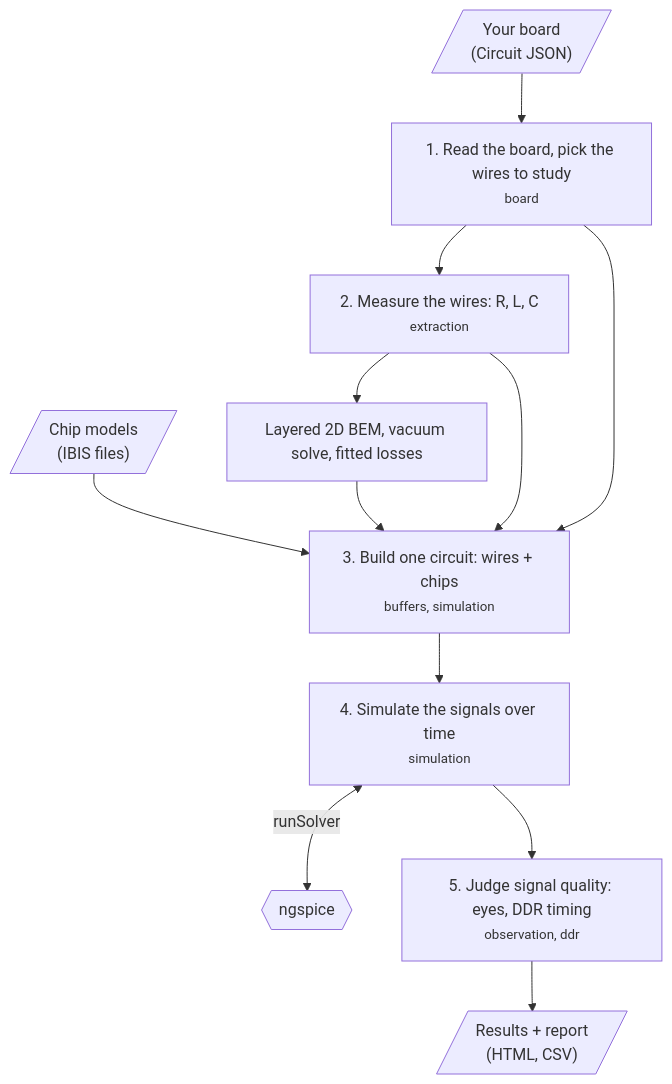
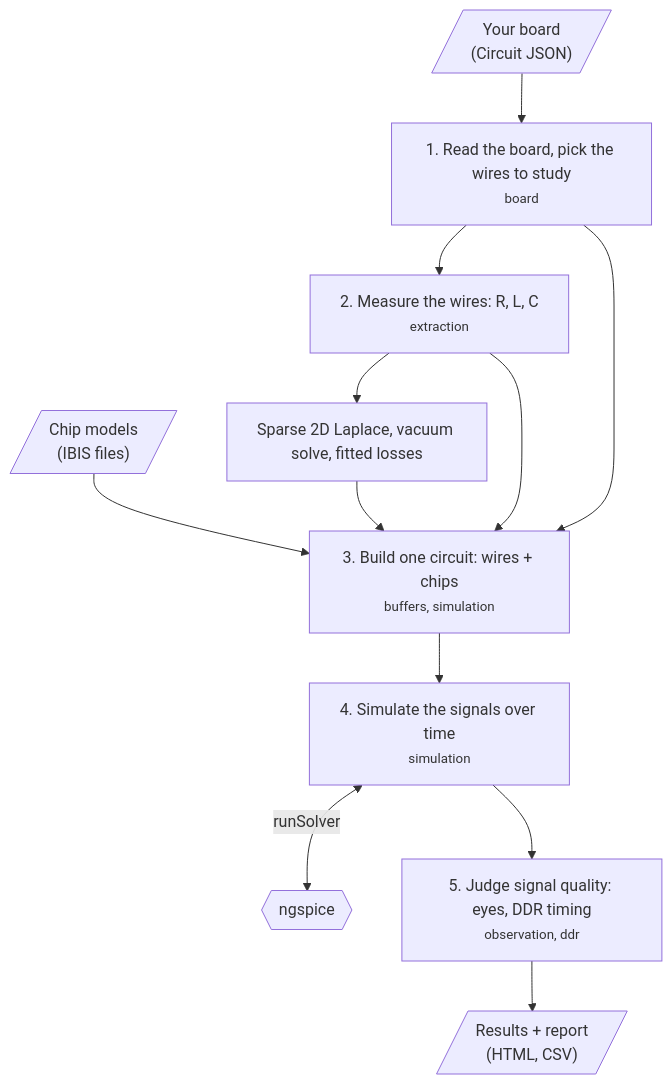
One commit to tscircuit/pcb-spice-pipeline changed the first of 2 diagrams in README.md. Above: the diagram before and after it, drawn with Mermaid. The commit also changed other lines of this file and 9 other files, not shown here.

````diff
--- a/README.md
+++ b/README.md
@@ -54,14 +54,14 @@
 ```mermaid
 flowchart TD
   board[/"Your board<br/>(Circuit JSON)"/] --> s1["1. Read the board, pick the wires to study<br/><small>board</small>"]
   chips[/"Chip models<br/>(IBIS files)"/] --> s3
   s1 --> s2["2. Measure the wires: R, L, C<br/><small>extraction</small>"]
-  s2 --> bem["Layered 2D BEM, vacuum solve, fitted losses"]
+  s2 --> bem["Sparse 2D Laplace, vacuum solve, fitted losses"]
   bem --> s3
   s1 --> s3["3. Build one circuit: wires + chips<br/><small>buffers, simulation</small>"]
   s2 --> s3
   s3 --> s4["4. Simulate the signals over time<br/><small>simulation</small>"]
   s4 <-->|"runSolver"| ng{{"ngspice"}}
   s4 --> s5["5. Judge signal quality: eyes, DDR timing<br/><small>observation, ddr</small>"]
   s5 --> out[/"Results + report<br/>(HTML, CSV)"/]
 ```
````
